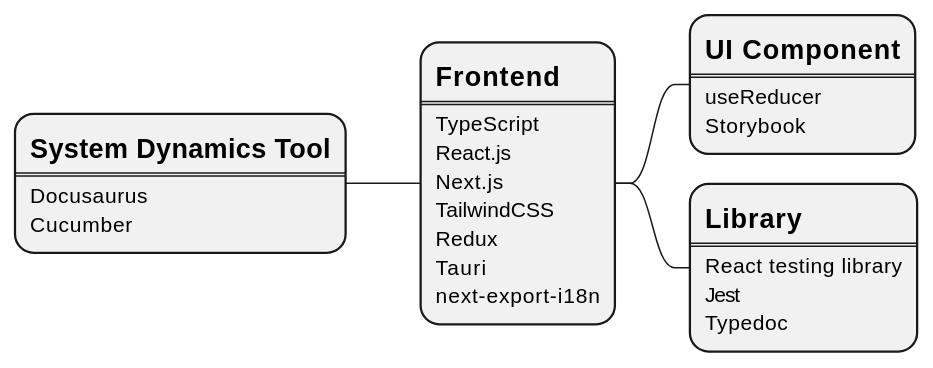
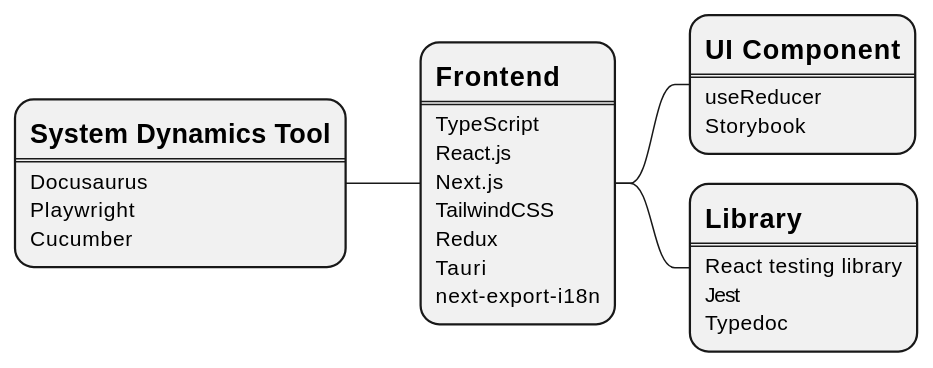
The diagram in docusaurus/docs/intro.md (cidhuang/system-dynamics-tool), drawn with PlantUML before and after one commit. The commit also changed 2 other files, not shown here.

Commit message:
docs: add playwright and cucumber associated info

```diff
--- a/docusaurus/docs/intro.md
+++ b/docusaurus/docs/intro.md
@@ -11,6 +11,7 @@
 *:= System Dynamics Tool
 ====
 Docusaurus
+Playwright
 Cucumber;
 
 **:= Frontend
```
